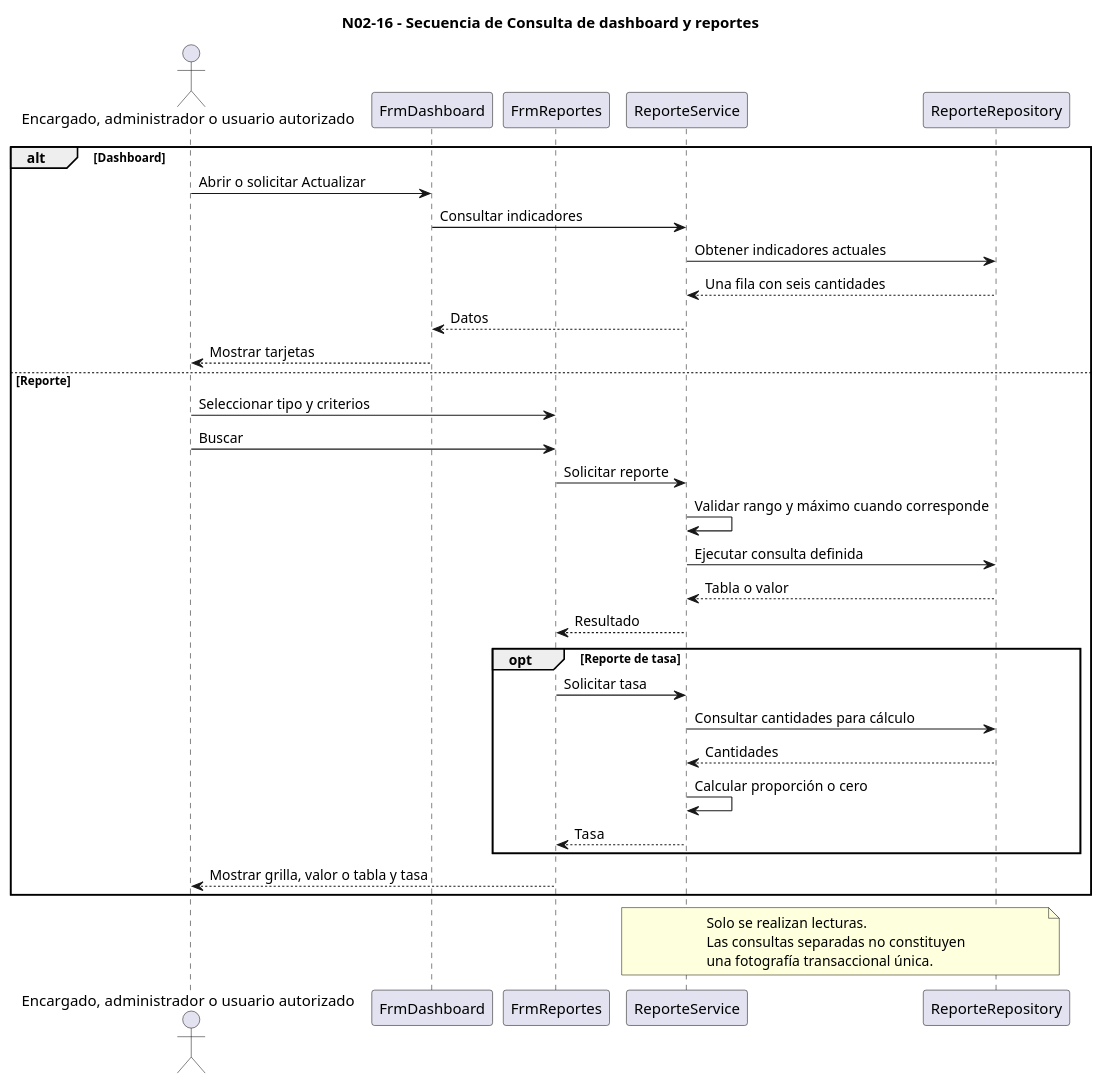
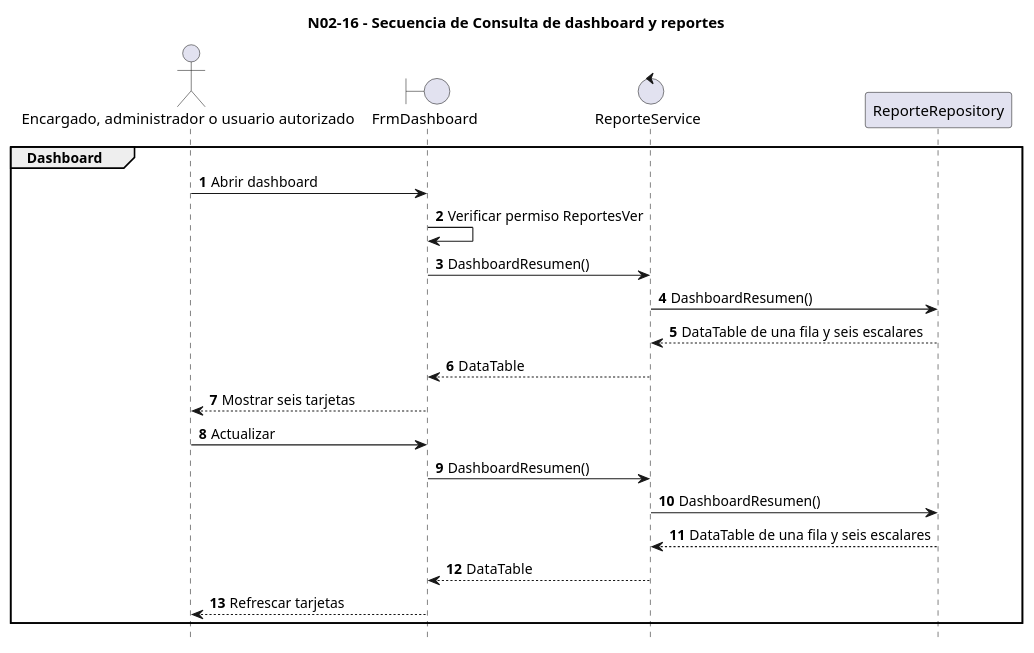
The diagram in diagrams/N/N16-consultar-dashboard-y-reportes/N02-secuencia.puml (alejoDiDiego/trabajo-diploma-servicio-tecnico), drawn with PlantUML before and after one commit. The commit also changed 156 other files, not shown here.

Commit message:
feat: completar tercera entrega con backups, ayuda y diagramas

```diff
--- a/diagrams/N/N16-consultar-dashboard-y-reportes/N02-secuencia.puml
+++ b/diagrams/N/N16-consultar-dashboard-y-reportes/N02-secuencia.puml
@@ -1,44 +1,24 @@
 @startuml
 title N02-16 - Secuencia de Consulta de dashboard y reportes
-
+autonumber
+hide footbox
 actor "Encargado, administrador o usuario autorizado" as Operador
-participant FrmDashboard as Dashboard
-participant FrmReportes as Reportes
-participant ReporteService as Servicio
-participant ReporteRepository as Consultas
-
-alt Dashboard
-    Operador -> Dashboard : Abrir o solicitar Actualizar
-    Dashboard -> Servicio : Consultar indicadores
-    Servicio -> Consultas : Obtener indicadores actuales
-    Consultas --> Servicio : Una fila con seis cantidades
-    Servicio --> Dashboard : Datos
-    Dashboard --> Operador : Mostrar tarjetas
-
-else Reporte
-    Operador -> Reportes : Seleccionar tipo y criterios
-    Operador -> Reportes : Buscar
-    Reportes -> Servicio : Solicitar reporte
-    Servicio -> Servicio : Validar rango y máximo cuando corresponde
-    Servicio -> Consultas : Ejecutar consulta definida
-    Consultas --> Servicio : Tabla o valor
-    Servicio --> Reportes : Resultado
-
-    opt Reporte de tasa
-        Reportes -> Servicio : Solicitar tasa
-        Servicio -> Consultas : Consultar cantidades para cálculo
-        Consultas --> Servicio : Cantidades
-        Servicio -> Servicio : Calcular proporción o cero
-        Servicio --> Reportes : Tasa
-    end
-
-    Reportes --> Operador : Mostrar grilla, valor o tabla y tasa
+boundary FrmDashboard as Dashboard
+control ReporteService
+participant ReporteRepository
+group Dashboard
+    Operador -> Dashboard : Abrir dashboard
+    Dashboard -> Dashboard : Verificar permiso ReportesVer
+    Dashboard -> ReporteService : DashboardResumen()
+    ReporteService -> ReporteRepository : DashboardResumen()
+    ReporteRepository --> ReporteService : DataTable de una fila y seis escalares
+    ReporteService --> Dashboard : DataTable
+    Dashboard --> Operador : Mostrar seis tarjetas
+    Operador -> Dashboard : Actualizar
+    Dashboard -> ReporteService : DashboardResumen()
+    ReporteService -> ReporteRepository : DashboardResumen()
+    ReporteRepository --> ReporteService : DataTable de una fila y seis escalares
+    ReporteService --> Dashboard : DataTable
+    Dashboard --> Operador : Refrescar tarjetas
 end
-
-note over Servicio, Consultas
-Solo se realizan lecturas.
-Las consultas separadas no constituyen
-una fotografía transaccional única.
-end note
-
 @enduml
```
